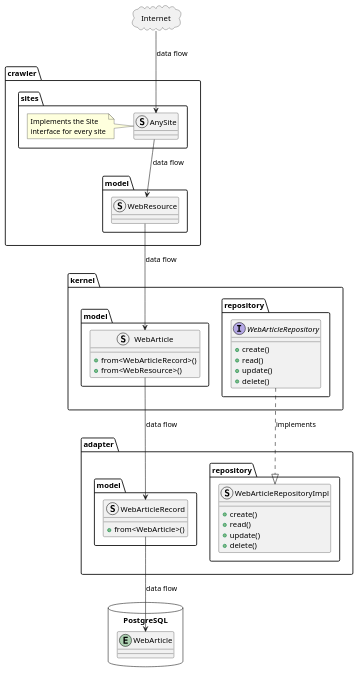
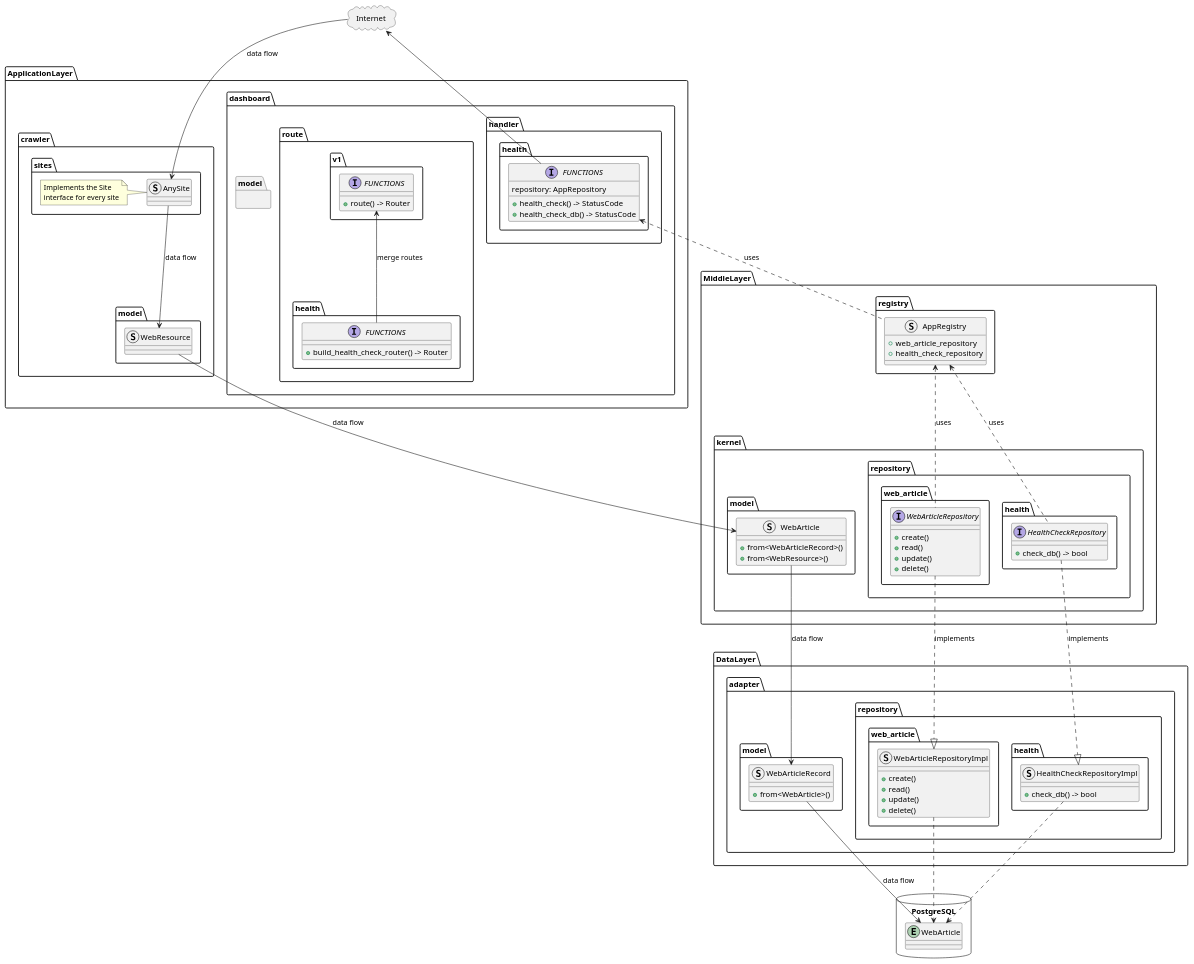
The diagram in design/class_diagram.pu (akitenkrad/rs-rss), drawn with PlantUML before and after one commit. The commit also changed 101 other files, not shown here.

```diff
--- a/design/class_diagram.pu
+++ b/design/class_diagram.pu
@@ -1,62 +1,124 @@
 @startuml class_diagram
 
 package Internet <<Cloud>> {
 }
 
-package crawler {
-    package sites {
-        struct AnySite
-        note left: Implements the Site\ninterface for every site
+package ApplicationLayer as AL {
+    package crawler {
+        package sites {
+            struct AnySite
+            note left: Implements the Site\ninterface for every site
+        }
+        package model {
+            struct WebResource {
+            }
+        }
     }
-    package model {
-        struct WebResource {
+
+    package dashboard {
+        package model {}
+        package handler {
+            package health {
+                interface FUNCTIONS {
+                    repository: AppRepository
+                    +health_check() -> StatusCode
+                    +health_check_db() -> StatusCode
+                }
+            }
+        }
+        package route {
+            package v1 {
+                interface FUNCTIONS {
+                    +route() -> Router
+                }
+            }
+            package health {
+                interface FUNCTIONS {
+                    +build_health_check_router() -> Router
+                }
+            }
         }
     }
 }
 
-package kernel {
-    package model {
-        struct WebArticle {
-            +from<WebArticleRecord>()
-            +from<WebResource>()
+package MiddleLayer as ML {
+
+    package kernel {
+        package model {
+            struct WebArticle {
+                +from<WebArticleRecord>()
+                +from<WebResource>()
+            }
+        }
+        package repository {
+            package web_article {
+                interface WebArticleRepository {
+                    +create()
+                    +read()
+                    +update()
+                    +delete()
+                }
+            }
+            package health {
+                interface HealthCheckRepository {
+                    +check_db() -> bool
+                }
+            }
         }
     }
-    package repository {
-        interface WebArticleRepository {
-            +create()
-            +read()
-            +update()
-            +delete()
+    package registry {
+        struct AppRegistry {
+            +web_article_repository
+            +health_check_repository
         }
     }
 }
 
-package adapter {
-    package model {
-        struct WebArticleRecord {
-            +from<WebArticle>()
+package DataLayer as DL {
+    package adapter {
+       package repository {
+            package web_article {
+                struct WebArticleRepositoryImpl {
+                    +create()
+                    +read()
+                    +update()
+                    +delete()
+                }
+            }
+
+            package health {
+                struct HealthCheckRepositoryImpl {
+                    +check_db() -> bool
+                }
+            }
         }
-    }
-    package repository {
-        struct WebArticleRepositoryImpl {
-            +create()
-            +read()
-            +update()
-            +delete()
+        package model {
+            struct WebArticleRecord {
+                +from<WebArticle>()
+            }
         }
     }
 }
 
 database PostgreSQL {
     entity WebArticle
 }
 
+'Data Flow
+Internet --> AL.crawler.sites.AnySite:data flow
+AL.crawler.sites.AnySite --> AL.crawler.model.WebResource: data flow
+AL.crawler.model.WebResource --> ML.kernel.model.WebArticle: data flow
+ML.kernel.model.WebArticle --> DL.adapter.model.WebArticleRecord: data flow
+DL.adapter.model.WebArticleRecord --> PostgreSQL.WebArticle: data flow
+ML.kernel.repository.web_article.WebArticleRepository ..|> DL.adapter.repository.web_article.WebArticleRepositoryImpl: implements
+ML.kernel.repository.health.HealthCheckRepository ..|> DL.adapter.repository.health.HealthCheckRepositoryImpl: implements
 
-Internet --> crawler.sites.AnySite:data flow
-crawler.sites.AnySite --> crawler.model.WebResource: data flow
-crawler.model.WebResource --> kernel.model.WebArticle: data flow
-kernel.model.WebArticle --> adapter.model.WebArticleRecord: data flow
-adapter.model.WebArticleRecord --> PostgreSQL.WebArticle: data flow
-
-kernel.repository.WebArticleRepository ..|> adapter.repository.WebArticleRepositoryImpl: implements
+'API Call Flow
+AL.dashboard.route.health.FUNCTIONS -up-> AL.dashboard.route.v1.FUNCTIONS: merge routes
+AL.dashboard.handler.health.FUNCTIONS -up-> Internet
+ML.kernel.repository.web_article.WebArticleRepository .up.> ML.registry.AppRegistry: uses
+ML.registry.AppRegistry .up.> AL.dashboard.handler.health.FUNCTIONS: uses
+ML.kernel.repository.health.HealthCheckRepository .up.> ML.registry.AppRegistry: uses
+DL.adapter.repository.web_article.WebArticleRepositoryImpl .down.> PostgreSQL.WebArticle
+DL.adapter.repository.health.HealthCheckRepositoryImpl .down.> PostgreSQL.WebArticle
 @enduml
```
